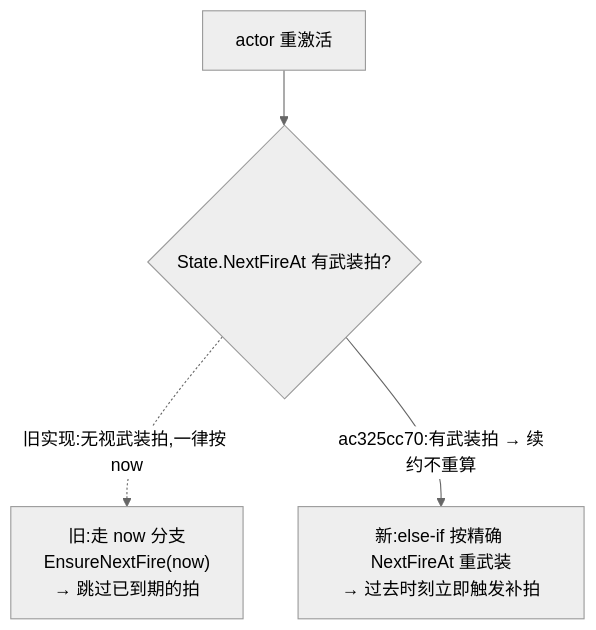
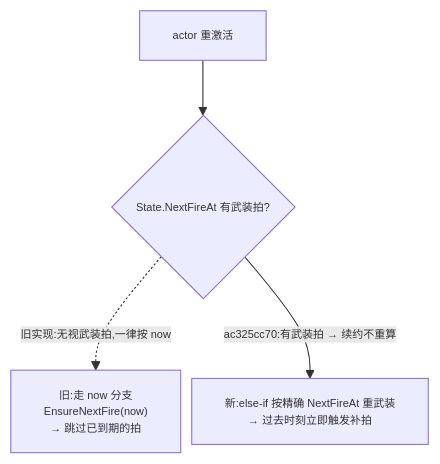
One commit to eanzhao-os/aevatar-review changed the second of 3 diagrams in 10/07-scheduled-task-not-firing.md. Above: the diagram before and after it, drawn with Mermaid. The commit also changed other lines of this file and 15 other files, not shown here.

````diff
--- a/10/07-scheduled-task-not-firing.md
+++ b/10/07-scheduled-task-not-firing.md
@@ -47,11 +47,11 @@
 ```mermaid
-%%{init: {"theme":"neutral"}}%%
+%%{init: {"maxTextSize": 100000, "flowchart": {"useMaxWidth": false, "nodeSpacing": 10, "rankSpacing": 50}, "themeVariables": {"fontSize": "10px"}}}%%
 flowchart TB
     RE["actor 重激活"]
     Q{"State.NextFireAt 有武装拍?"}
     OLD["旧:走 now 分支<br/>EnsureNextFire(now)<br/>→ 跳过已到期的拍"]
     NEW["新:else-if 按精确 NextFireAt 重武装<br/>→ 过去时刻立即触发补拍"]
     RE --> Q
     Q -.->|"旧实现:无视武装拍,一律按 now"| OLD
     Q -->|"ac325cc70:有武装拍 → 续约不重算"| NEW
 ```
````
